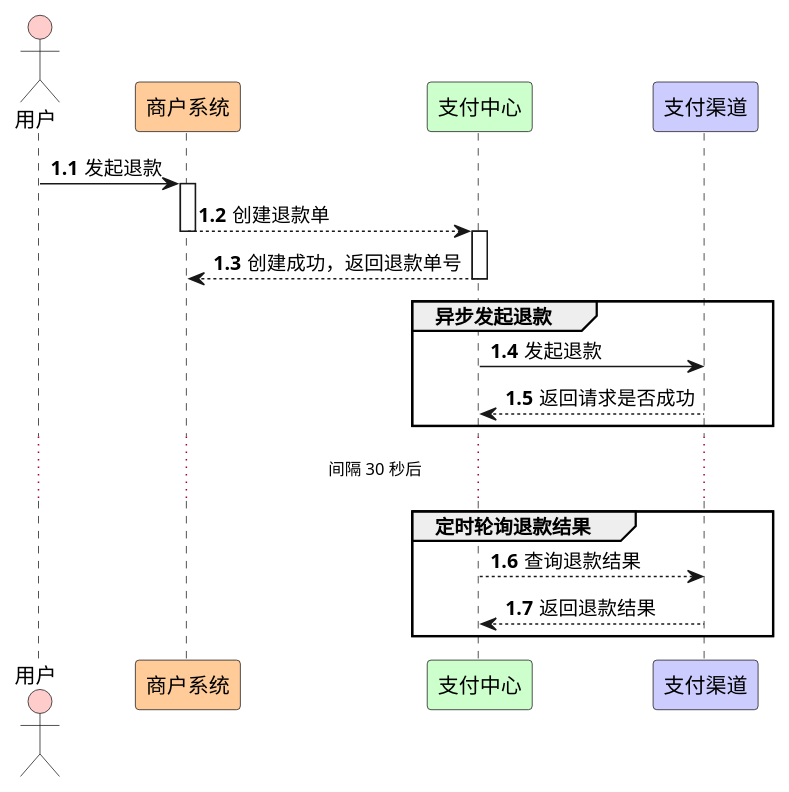
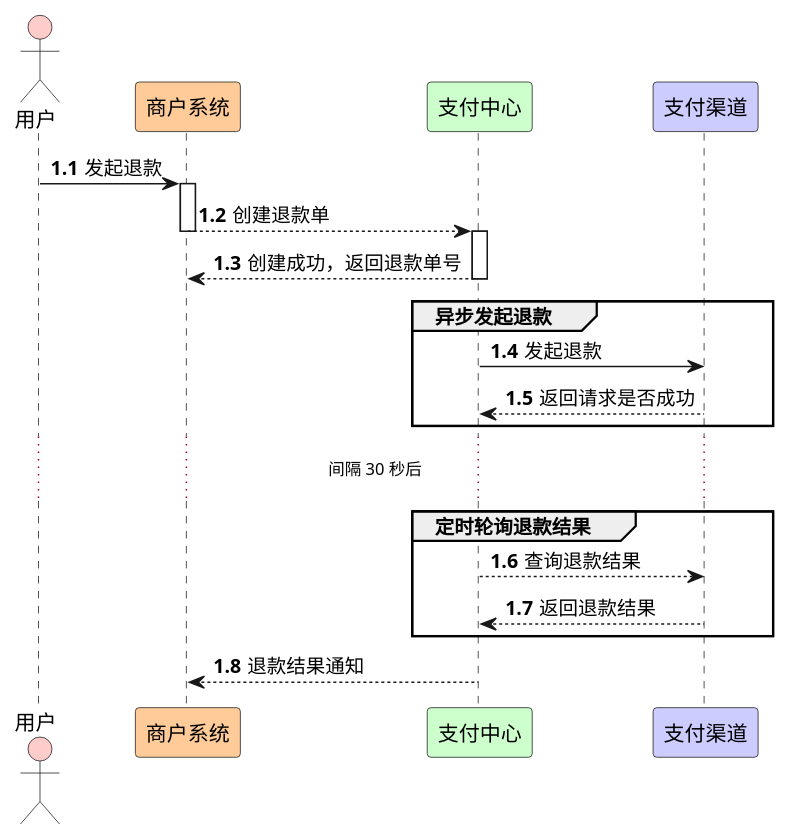
One commit to red-jasmine/payment changed the diagram in docs/退款流程.puml. Above: the diagram before and after it, drawn with PlantUML. The commit also changed 10 other files, not shown here.

Commit message:
feat(payment): 添加支付通知功能- 新增通知命令服务、通知数据对象和通知模型 - 实现通知状态枚举和相关接口 - 添加通知记录表迁移- 更新退款流程图，增加通知步骤

```diff
--- a/docs/退款流程.puml
+++ b/docs/退款流程.puml
@@ -1,37 +1,39 @@
 @startuml
 'https://plantuml.com/sequence-diagram
 
 actor 用户 #FFCCCC
 participant 商户系统 #FFCC99
 participant 支付中心 #CCFFCC
 participant 支付渠道 #CCCCFF
 
 
 autonumber 1.1
 
 用户 -> 商户系统: 发起退款
 
 activate 商户系统
 商户系统 --> 支付中心: 创建退款单
 deactivate 商户系统
 activate 支付中心
 支付中心 --> 商户系统: 创建成功，返回退款单号
 deactivate 支付中心
 
 
 group 异步发起退款
 
 支付中心 -> 支付渠道: 发起退款
 
 支付渠道 --> 支付中心: 返回请求是否成功
 
 end
 ... 间隔 30 秒后...
 group 定时轮询退款结果
 支付中心 --> 支付渠道: 查询退款结果
 支付渠道 --> 支付中心: 返回退款结果
 end
 
+支付中心 --> 商户系统: 退款结果通知
+
 
 
 @enduml
```
